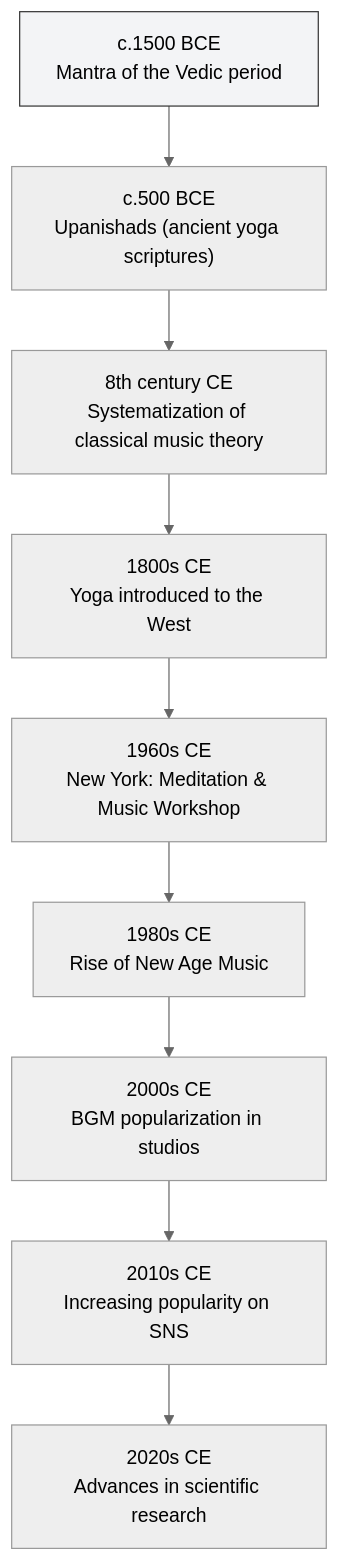
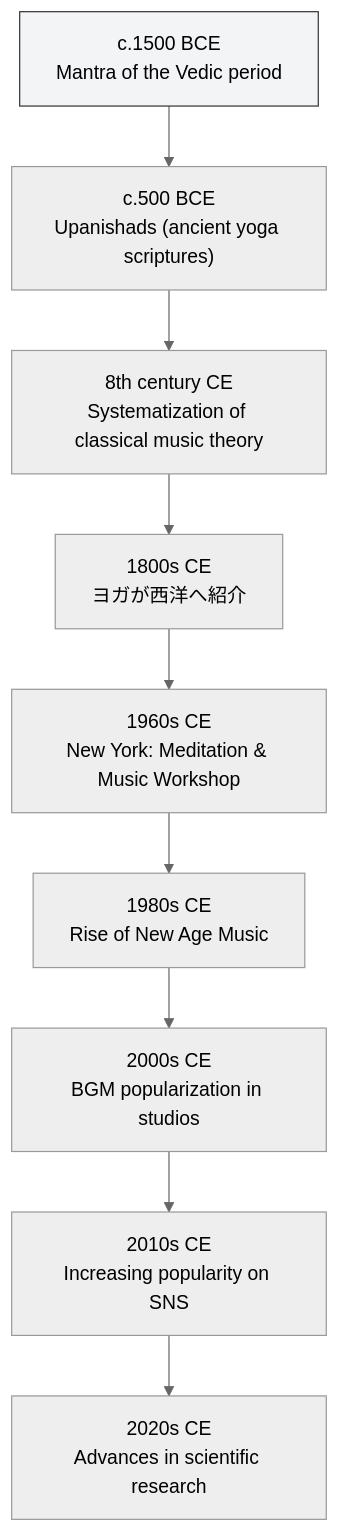
One commit to monumental-movement/monumental-movement.github.io changed the third of 4 diagrams in en/_posts/2025-11-09-column-yoga-music.md. Above: the diagram before and after it, drawn with Mermaid (neutral theme). The commit also changed other lines of this file and 296 other files, not shown here.

```diff
--- a/en/_posts/2025-11-09-column-yoga-music.md
+++ b/en/_posts/2025-11-09-column-yoga-music.md
@@ -192,14 +192,14 @@
 <div class="mermaid">
 
 flowchart TD
     style A fill:#f3f4f6,stroke:#333,stroke-width:1px
     A["c.1500 BCE<br>Mantra of the Vedic period"] --> B["c.500 BCE<br>Upanishads (ancient yoga scriptures)"]
     B --> C["8th century CE<br>Systematization of classical music theory"]
-    C --> D["1800s CE<br>Yoga introduced to the West"]
+    C --> D["1800s CE<br>ヨガが西洋へ紹介"]
     D --> E["1960s CE<br>New York: Meditation & Music Workshop"]
     E --> F["1980s CE<br>Rise of New Age Music"]
     F --> G["2000s CE<br>BGM popularization in studios"]
     G --> H["2010s CE<br>Increasing popularity on SNS"]
     H --> I["2020s CE<br>Advances in scientific research"]
 
 </div>
```
